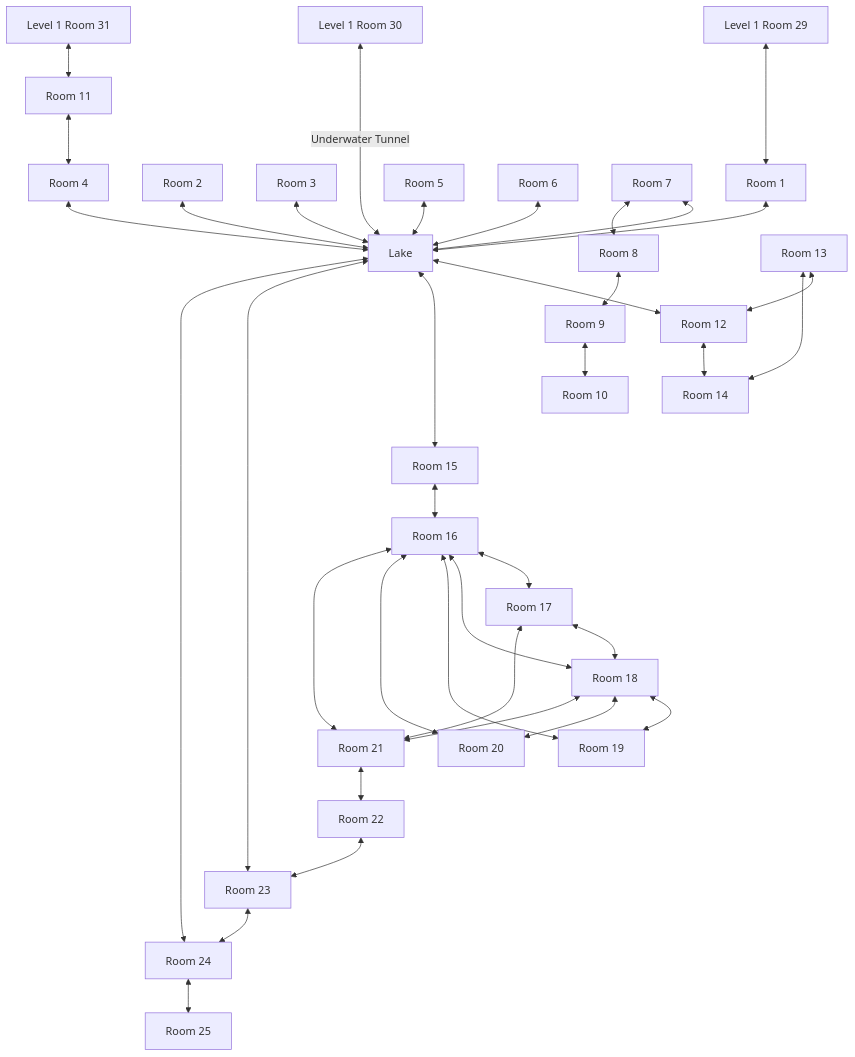
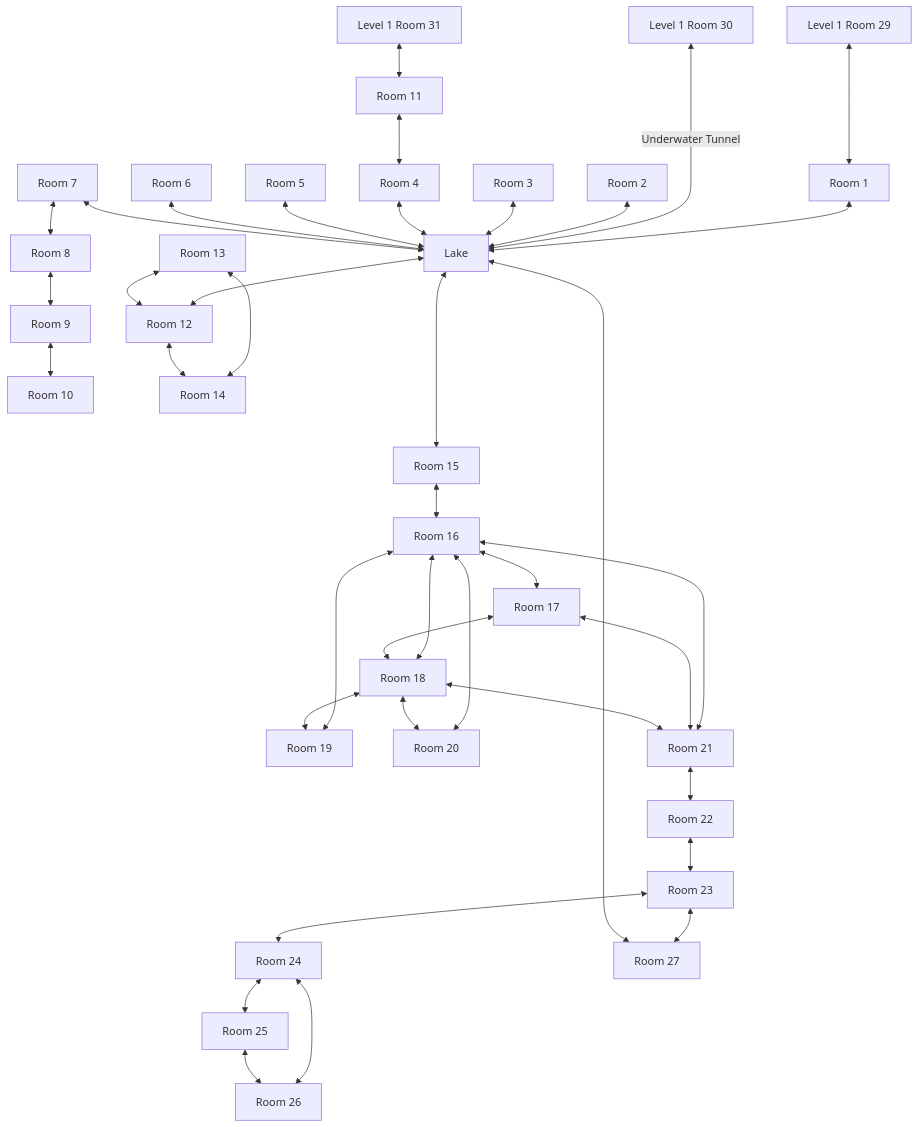
Before and after one commit to SlothBorg/Dungeon23: the diagram in Dungeon/Level_02/README.md, drawn with Mermaid. The commit also changed 4 other files, not shown here.

````diff
--- a/Dungeon/Level_02/README.md
+++ b/Dungeon/Level_02/README.md
@@ -3,38 +3,40 @@
 ```mermaid
 flowchart TD
     A29[Level 1 Room 29] <---> B1[Room 1]
     B1 <--> La[Lake]
     A30[Level 1 Room 30] <-- Underwater Tunnel ----> La
     B2[Room 2] <--> La
     B3[Room 3] <--> La
     B4[Room 4] <--> La
     B5[Room 5] <--> La
     B6[Room 6] <--> La
     B7[Room 7] <--> La
     B7 <--> B8[Room 8]
     B8 <--> B9[Room 9]
     B9 <--> B10[Room 10]
     A31[Level 1 Room 31] <--> B11[Room 11] <--> B4
     La <--> B12[Room 12]
     B13[Room 13] <--> B12
     B13 <--> B14[Room 14]
     B12 <--> B14
     La <----> B15[Room 15]
     B15 <--> B16[Room 16]
     B16 <--> B17[Room 17]
     B16 <--> B18[Room 18]
     B17 <--> B18
     B16 <--> B19[Room 19]
     B18 <--> B19
     B16 <--> B20[Room 20]
     B18 <--> B20
     B16 <--> B21[Room 21]
     B17 <--> B21
     B18 <--> B21
     B21 <--> B22[Room 22]
     B22 <--> B23[Room 23]
-    B23 <--> La
     B23 <--> B24[Room 24]
-    B24 <--> La
     B24 <--> B25[Room 25]
+    B24 <--> B26[Room 26]
+    B25 <--> B26
+    B23 <--> B27[Room 27]
+    B27 <--> La
 ```
````
